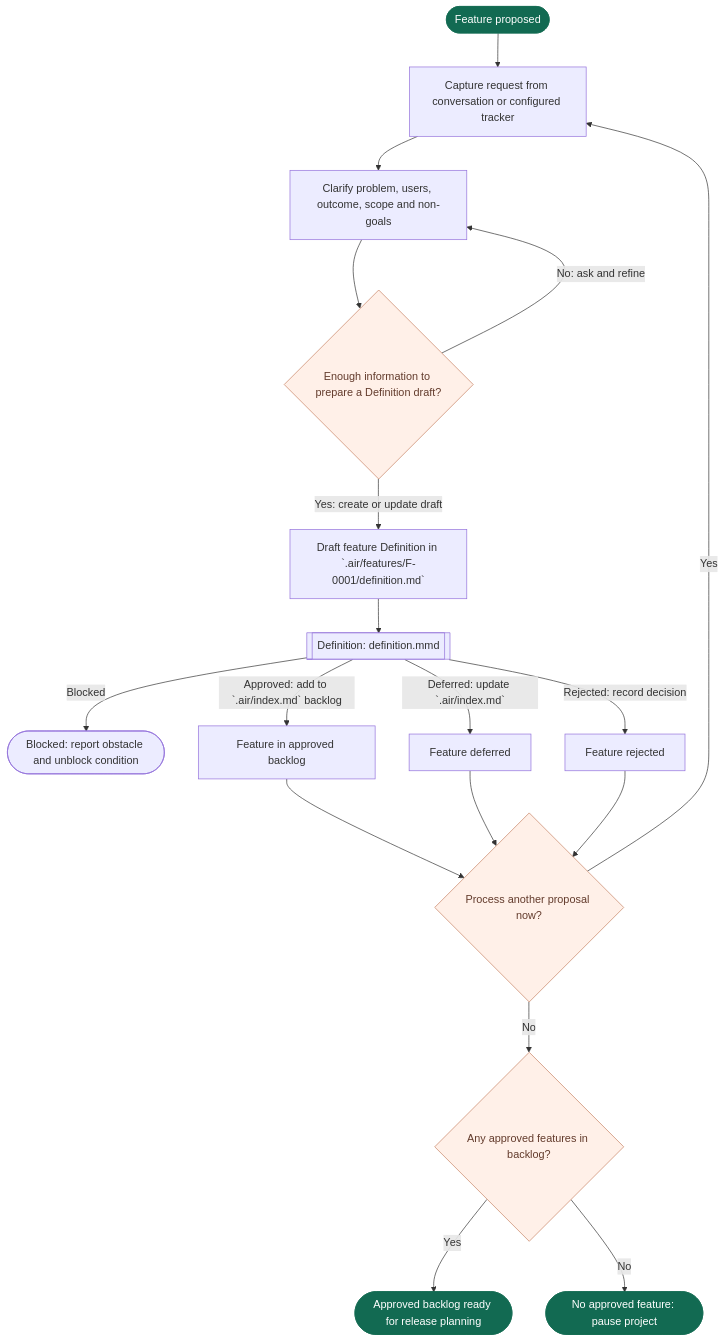
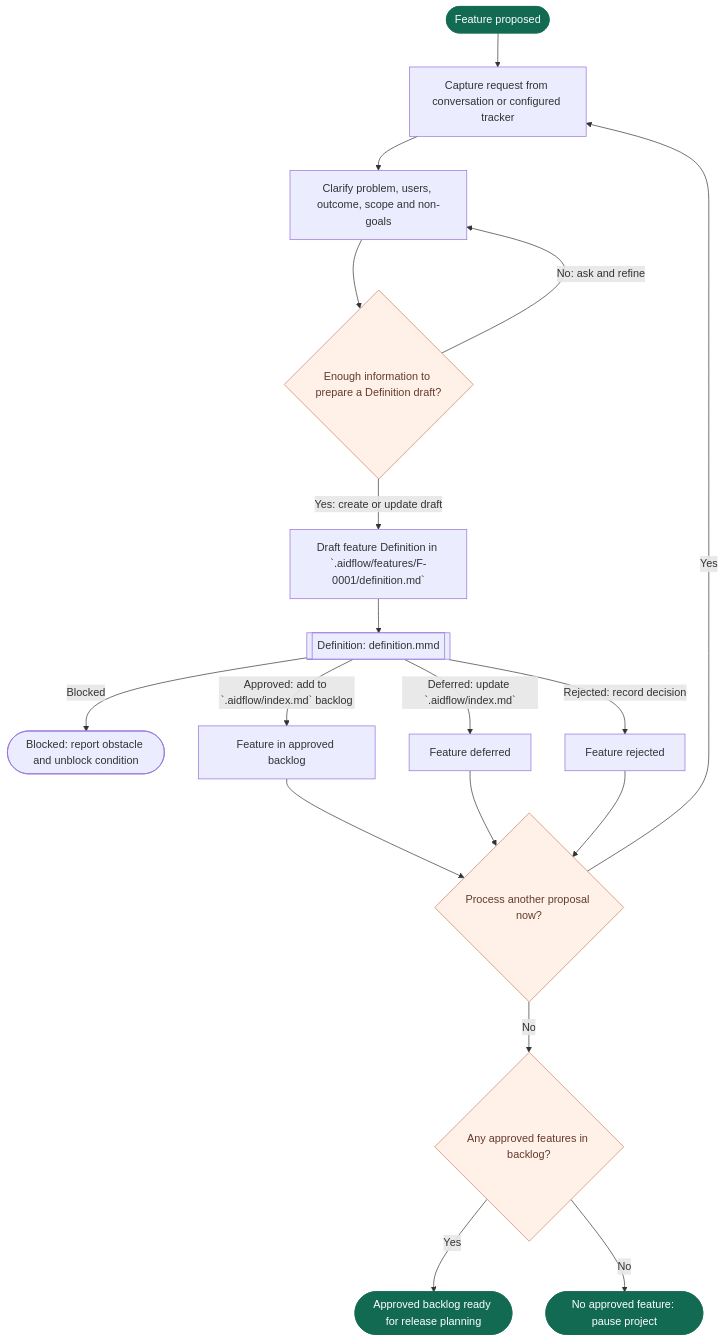
Before and after one commit to vanlangenlabs/aidflow: the diagram in flows/feature-intake.mmd, drawn with Mermaid. The commit also changed 23 other files, not shown here.

Commit message:
Rename AIRFlow to AIDFlow and migrate workspace paths

```diff
--- a/flows/feature-intake.mmd
+++ b/flows/feature-intake.mmd
@@ -1,43 +1,43 @@
 flowchart TD
     start([Feature proposed]) --> capture[Capture request from conversation or configured tracker]
-%% @airflow-context capture
+%% @aidflow-context capture
 %% Accept a feature proposal from the conversation or the configured GitHub/GitLab
 %% tracker. The tracker is optional. Do not start implementation or select a
 %% release during intake.
 
 %% Feature transitions owned by this phase:
 %% - `proposed` -> `clarifying`: AI captures and refines the proposal.
 %% - `backlog` -> `deferred`: Human defers; existing Definition approval remains valid.
 %% - `deferred` -> `backlog`: Human reopens and existing Definition approval is still valid.
 %% - `deferred` / `rejected` -> `proposed`: Human reopens with no valid Definition approval; preserve decisions and use `record_status: draft`.
 
 %% New features start proposed. Active states: proposed, clarifying, backlog,
 %% selected, implementing, verifying, verified. Deferred/rejected need explicit
 %% reopening. Released is terminal; later changes use a new feature ID.
-%% @end-airflow-context
+%% @end-aidflow-context
     capture --> clarify[Clarify problem, users, outcome, scope and non-goals]
-%% @airflow-context clarify
+%% @aidflow-context clarify
 %% Ask only for information needed to write a useful Definition: affected users,
 %% problem, expected outcome/value, scope and non-goals. Do not infer missing
-%% requirements. Keep this proposal under one stable feature ID in `.air/`.
-%% @end-airflow-context
+%% requirements. Keep this proposal under one stable feature ID in `.aidflow/`.
+%% @end-aidflow-context
     clarify --> ready{Enough information to prepare a Definition draft?}
     ready -- No: ask and refine --> clarify
-    ready -- Yes: create or update draft --> draft[Draft feature Definition in `.air/features/F-0001/definition.md`]
+    ready -- Yes: create or update draft --> draft[Draft feature Definition in `.aidflow/features/F-0001/definition.md`]
     draft --> definition[["Definition: definition.mmd"]]
     definition -- Blocked --> blocked([Blocked: report obstacle and unblock condition])
-    definition -- Approved: add to `.air/index.md` backlog --> backlog[Feature in approved backlog]
-    definition -- Deferred: update `.air/index.md` --> deferred[Feature deferred]
+    definition -- Approved: add to `.aidflow/index.md` backlog --> backlog[Feature in approved backlog]
+    definition -- Deferred: update `.aidflow/index.md` --> deferred[Feature deferred]
     definition -- Rejected: record decision --> rejected[Feature rejected]
     backlog --> another{Process another proposal now?}
     deferred --> another
     rejected --> another
     another -- Yes --> capture
     another -- No --> anyApproved{Any approved features in backlog?}
     anyApproved -- Yes --> intakeReady([Approved backlog ready for release planning])
     anyApproved -- No --> noApproved([No approved feature: pause project])
 
     classDef boundary fill:#126a52,color:#ffffff,stroke:#126a52
     class start,intakeReady,noApproved boundary
     classDef approval fill:#fff0e8,color:#633b2c,stroke:#c68162
     class ready,another,anyApproved approval
```
